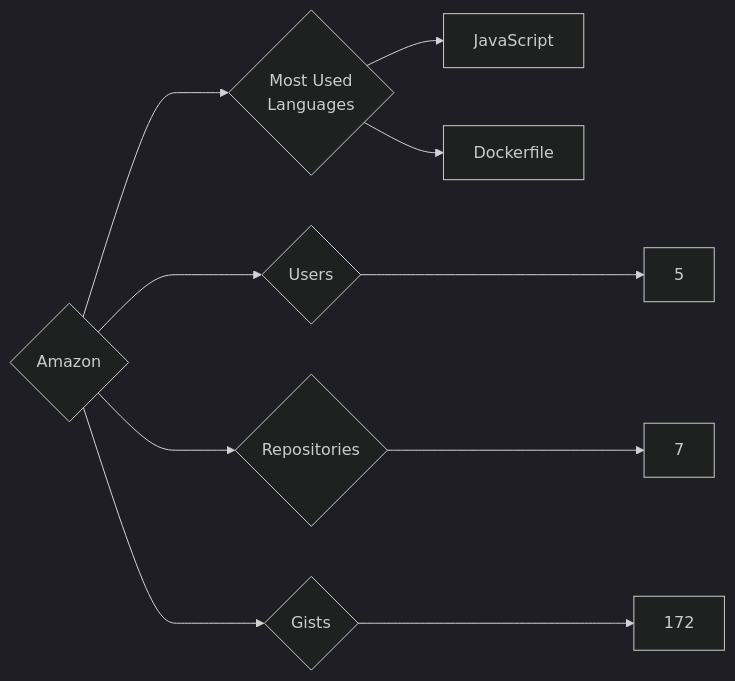
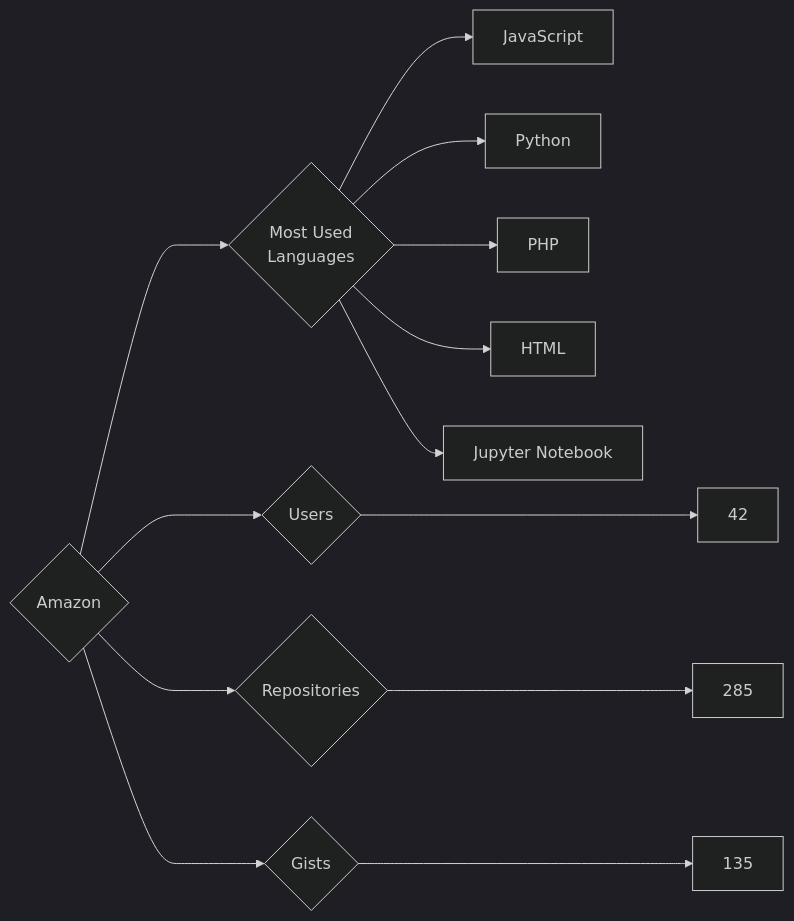
Before and after one commit to trickest/insiders: the diagram in targets/Amazon/README.md, drawn with Mermaid (dark theme). The commit also changed 775 other files, not shown here.

````diff
--- a/targets/Amazon/README.md
+++ b/targets/Amazon/README.md
@@ -3,10 +3,13 @@
 ```mermaid
 graph LR
 COMPANY_NAME{Amazon}
-COMPANY_NAME ---> U{Users} ---> UN[5]
-COMPANY_NAME ---> R{Repositories} ---> RN[7]
-COMPANY_NAME ---> G{Gists} ---> GN[172]
+COMPANY_NAME ---> U{Users} ---> UN[42]
+COMPANY_NAME ---> R{Repositories} ---> RN[285]
+COMPANY_NAME ---> G{Gists} ---> GN[135]
 COMPANY_NAME ---> ML{Most Used<br>Languages}
 ML --> JavaScript[JavaScript]
-ML --> Dockerfile[Dockerfile]
+ML --> Python[Python]
+ML --> PHP[PHP]
+ML --> HTML[HTML]
+ML --> Jupyter_Notebook[Jupyter Notebook]
 ```
````
